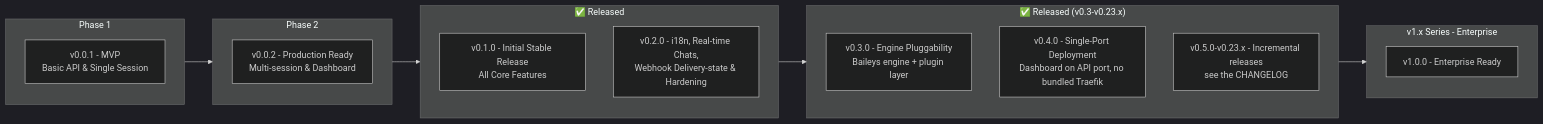
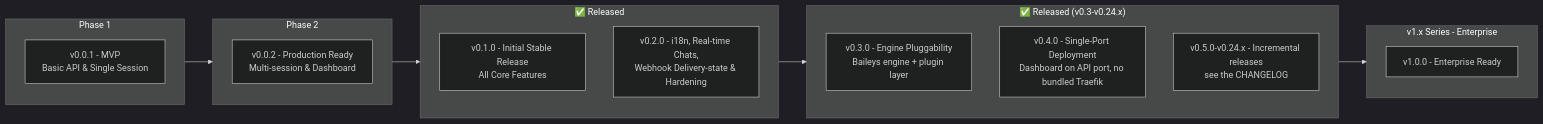
Before and after one commit to AntoineTROOVY/Sherlo: the sixth of 7 diagrams in docs/15-project-roadmap.md, drawn with Mermaid (dark theme). The commit also changed other lines of this file, not shown here.

Commit message:
docs(roadmap): extend the released range to v0.24.x

````diff
--- a/docs/15-project-roadmap.md
+++ b/docs/15-project-roadmap.md
@@ -517,27 +517,27 @@
 ```mermaid
 flowchart LR
     subgraph Phase1["Phase 1"]
         V001[v0.0.1 - MVP<br/>Basic API & Single Session]
     end
 
     subgraph Phase2["Phase 2"]
         V002[v0.0.2 - Production Ready<br/>Multi-session & Dashboard]
     end
 
     subgraph Stable["✅ Released"]
         V010[v0.1.0 - Initial Stable Release<br/>All Core Features]
         V020[v0.2.0 - i18n, Real-time Chats,<br/>Webhook Delivery-state & Hardening]
     end
 
-    subgraph v0.x["✅ Released (v0.3-v0.23.x)"]
+    subgraph v0.x["✅ Released (v0.3-v0.24.x)"]
         V030[v0.3.0 - Engine Pluggability<br/>Baileys engine + plugin layer]
         V040[v0.4.0 - Single-Port Deployment<br/>Dashboard on API port, no bundled Traefik]
-        V011[v0.5.0-v0.23.x - Incremental releases<br/>see the CHANGELOG]
+        V011[v0.5.0-v0.24.x - Incremental releases<br/>see the CHANGELOG]
     end
 
     subgraph v1.x["v1.x Series - Enterprise"]
         V10[v1.0.0 - Enterprise Ready]
     end
 
     Phase1 --> Phase2 --> Stable --> v0.x --> v1.x
 ```
````
